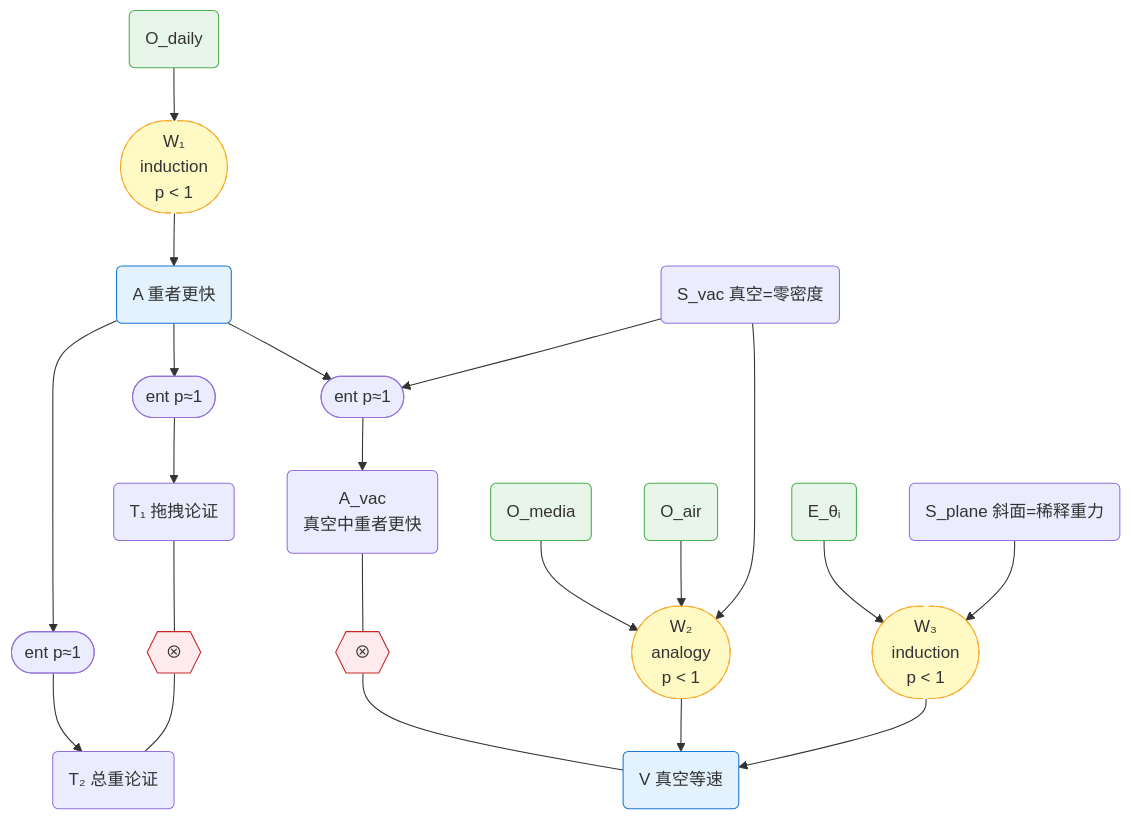
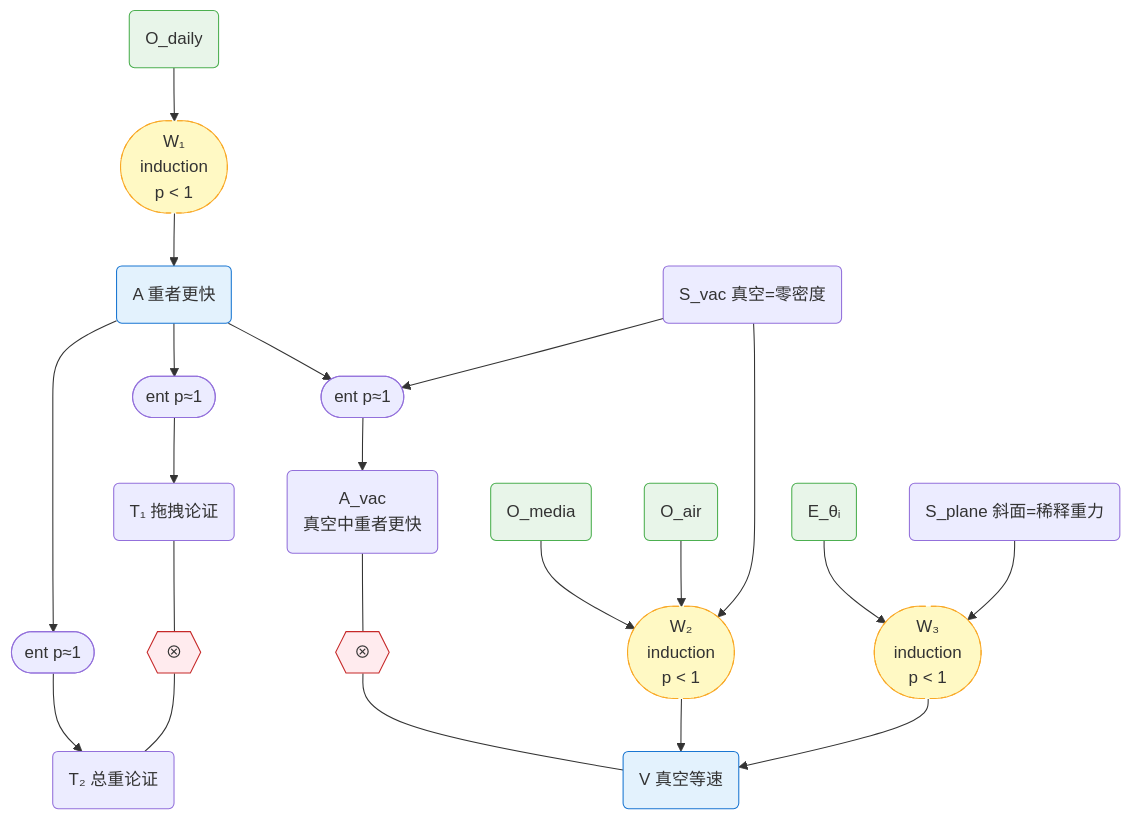
Before and after one commit to newtontech/Gaia: the fourth of 9 diagrams in docs/foundations/theory/science-formalization.md, drawn with Mermaid. The commit also changed other lines of this file, not shown here.

First line of the commit message:
docs: restructure W₂ as induction+entailment, merge H/G, remove C_cont

````diff
--- a/docs/foundations/theory/science-formalization.md
+++ b/docs/foundations/theory/science-formalization.md
@@ -232,28 +234,28 @@
 ```mermaid
 graph TD
     %% Conclusion A
     Odaily("O_daily"):::obs --> w1(["W₁<br/>induction<br/>p < 1"]):::weak --> A("A 重者更快"):::concl
     A --> fA1(["ent p≈1"]) --> T1("T₁ 拖拽论证")
     A --> fA2(["ent p≈1"]) --> T2("T₂ 总重论证")
     T1 --- contra1{{"⊗"}}:::contra --- T2
     A --> fAvac(["ent p≈1"])
     Svac("S_vac 真空=零密度") --> fAvac
     fAvac --> Avac("A_vac<br/>真空中重者更快")
     Avac --- contra2{{"⊗"}}:::contra --- V
 
-    %% Conclusion V — analogy path
-    Omedia("O_media"):::obs --> w2(["W₂<br/>analogy<br/>p < 1"]):::weak
+    %% Conclusion V — induction path
+    Omedia("O_media"):::obs --> w2(["W₂<br/>induction<br/>p < 1"]):::weak
     Oair("O_air"):::obs --> w2
     Svac --> w2
     w2 --> V("V 真空等速"):::concl
 
     %% Conclusion V — experiment path
     Etheta("E_θᵢ"):::obs --> w3(["W₃<br/>induction<br/>p < 1"]):::weak
     Splane("S_plane 斜面=稀释重力") --> w3
     w3 --> V
 
     classDef obs fill:#e8f5e9,stroke:#4caf50
     classDef concl fill:#e3f2fd,stroke:#1976d2
     classDef contra fill:#ffebee,stroke:#c62828
     classDef weak fill:#fff9c4,stroke:#f9a825,stroke-dasharray: 5 5
 ```
````
